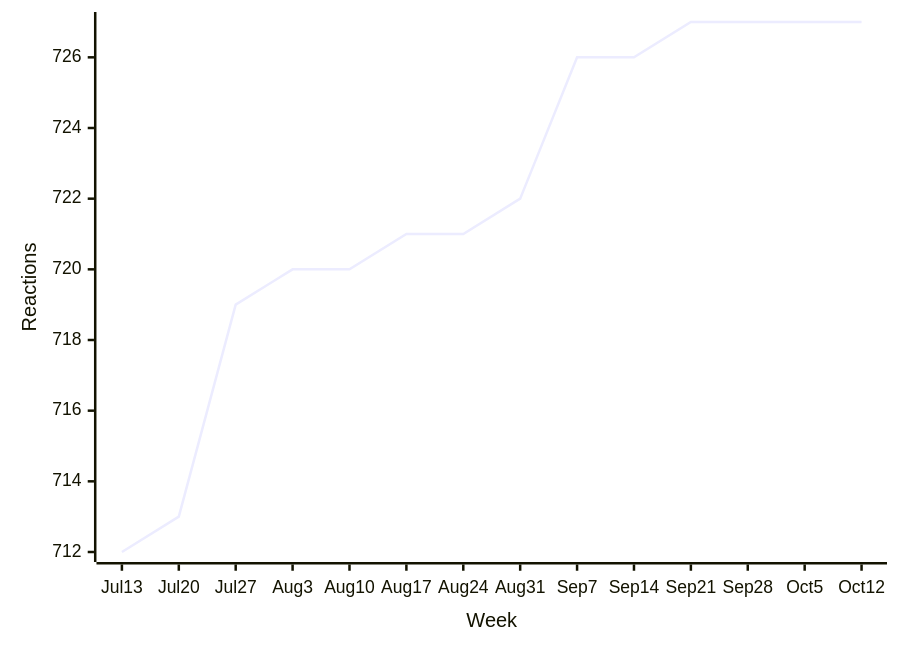
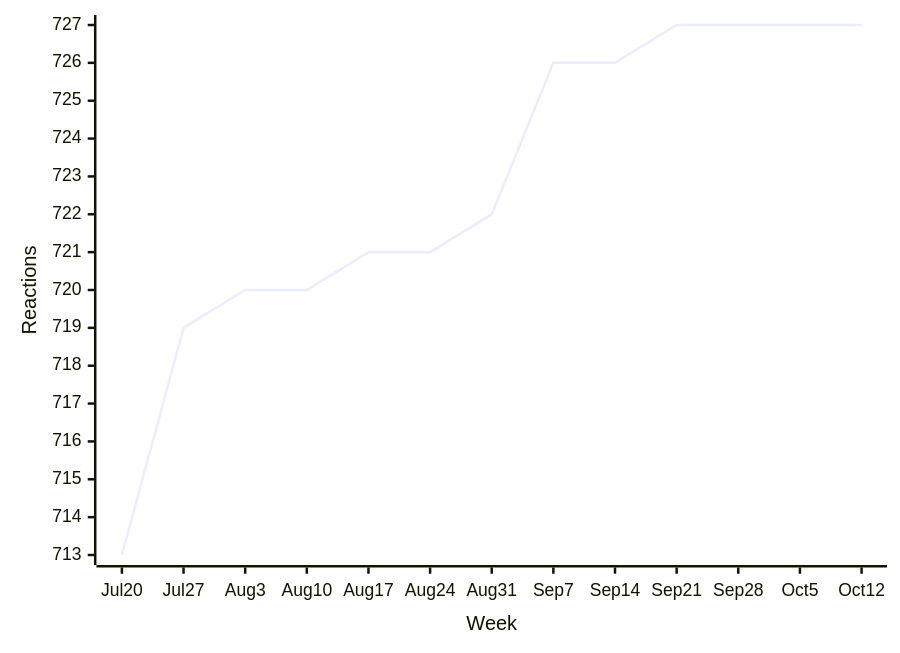
The ninth of 38 diagrams in README.md (loic-sharma/github-insights), drawn with Mermaid before and after one commit. The commit also changed other lines of this file and 3 other files, not shown here.

````diff
--- a/README.md
+++ b/README.md
@@ -460,6 +460,6 @@
   ```mermaid
   xychart-beta
-    x-axis "Week" [Jul 13, Jul 20, Jul 27, Aug 3, Aug 10, Aug 17, Aug 24, Aug 31, Sep 7, Sep 14, Sep 21, Sep 28, Oct 5, Oct 12]
+    x-axis "Week" [Jul 20, Jul 27, Aug 3, Aug 10, Aug 17, Aug 24, Aug 31, Sep 7, Sep 14, Sep 21, Sep 28, Oct 5, Oct 12]
     y-axis "Reactions"
-    line [712, 713, 719, 720, 720, 721, 721, 722, 726, 726, 727, 727, 727, 727]
+    line [713, 719, 720, 720, 721, 721, 722, 726, 726, 727, 727, 727, 727]
   ```
````
